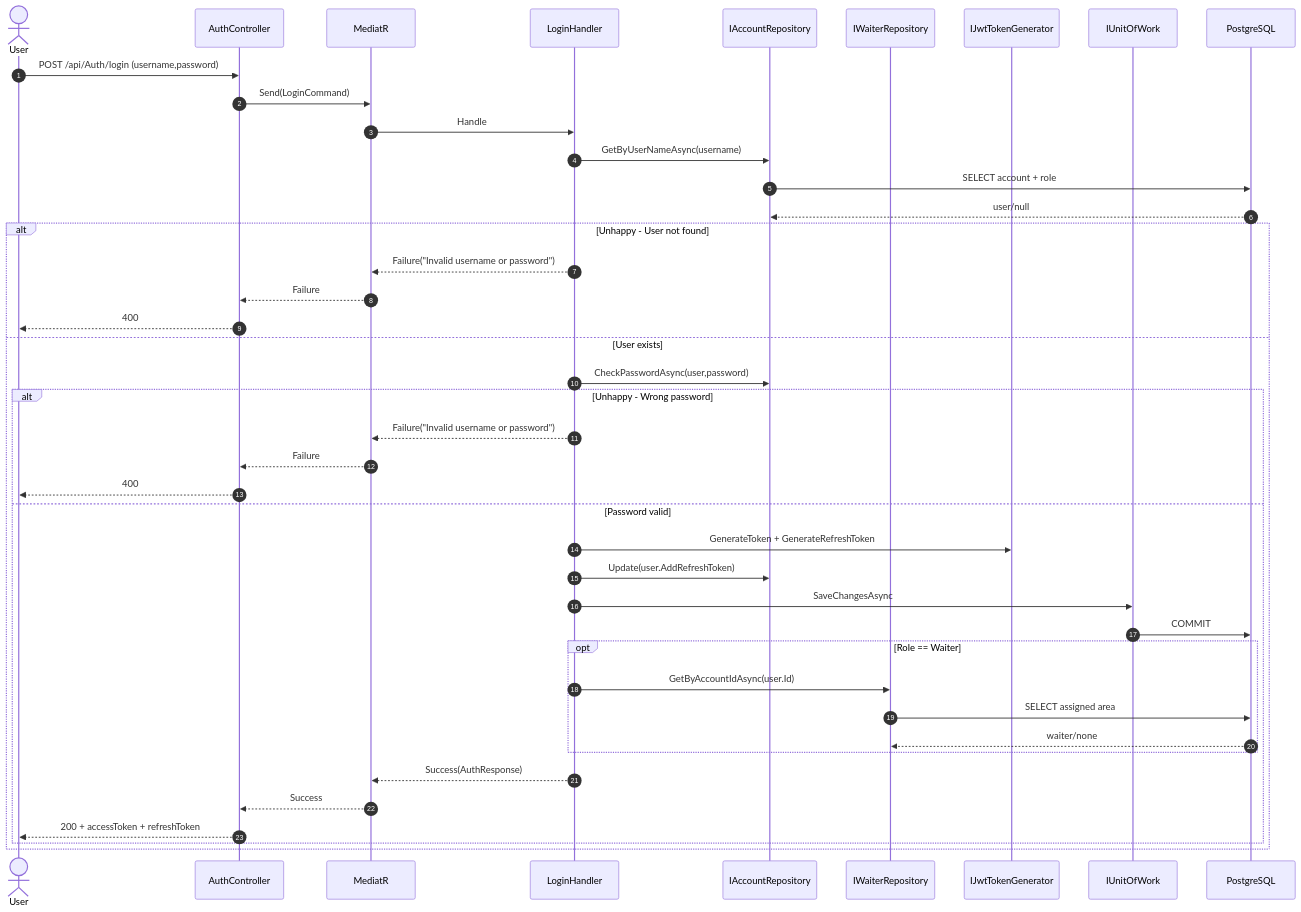
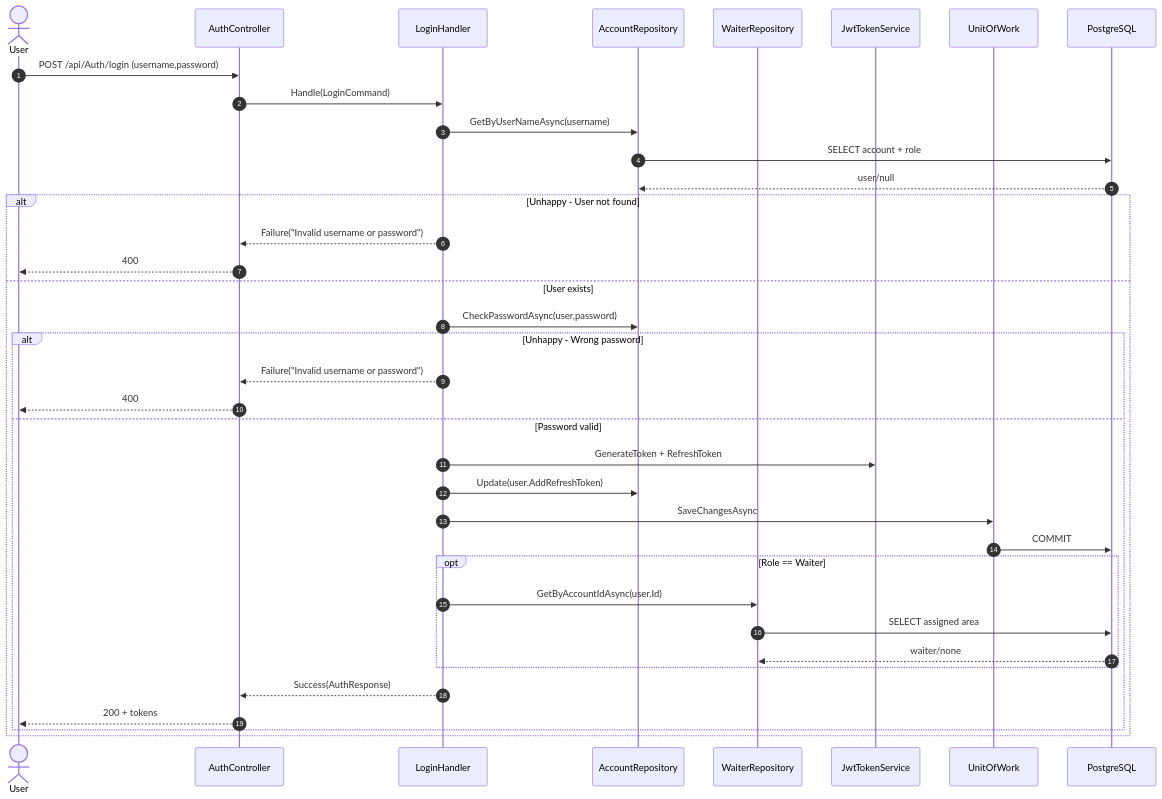
The second of 5 diagrams in docs/sequence-diagrams-mermaid.md (nguyendinhbao2004/RestaurantOrderTracking), drawn with Mermaid before and after one commit. The commit also changed other lines of this file and 9 other files, not shown here.

Commit message:
fix: refactor sequence diagram

````diff
--- a/docs/sequence-diagrams-mermaid.md
+++ b/docs/sequence-diagrams-mermaid.md
@@ -123,50 +118,45 @@
 ```mermaid
 sequenceDiagram
     autonumber
     actor User
     participant AuthC as AuthController
-    participant Med as MediatR
     participant LoginH as LoginHandler
-    participant AccRepo as IAccountRepository
-    participant WaiterRepo as IWaiterRepository
-    participant Jwt as IJwtTokenGenerator
-    participant UoW as IUnitOfWork
+    participant AccRepo as AccountRepository
+    participant WaiterRepo as WaiterRepository
+    participant Jwt as JwtTokenService
+    participant UoW as UnitOfWork
     participant DB as PostgreSQL
 
     User->>AuthC: POST /api/Auth/login (username,password)
-    AuthC->>Med: Send(LoginCommand)
-    Med->>LoginH: Handle
+    AuthC->>LoginH: Handle(LoginCommand)
 
     LoginH->>AccRepo: GetByUserNameAsync(username)
     AccRepo->>DB: SELECT account + role
     DB-->>AccRepo: user/null
 
     alt Unhappy - User not found
-        LoginH-->>Med: Failure("Invalid username or password")
-        Med-->>AuthC: Failure
+        LoginH-->>AuthC: Failure("Invalid username or password")
         AuthC-->>User: 400
     else User exists
         LoginH->>AccRepo: CheckPasswordAsync(user,password)
 
         alt Unhappy - Wrong password
-            LoginH-->>Med: Failure("Invalid username or password")
-            Med-->>AuthC: Failure
+            LoginH-->>AuthC: Failure("Invalid username or password")
             AuthC-->>User: 400
         else Password valid
-            LoginH->>Jwt: GenerateToken + GenerateRefreshToken
+            LoginH->>Jwt: GenerateToken + RefreshToken
             LoginH->>AccRepo: Update(user.AddRefreshToken)
             LoginH->>UoW: SaveChangesAsync
             UoW->>DB: COMMIT
 
             opt Role == Waiter
                 LoginH->>WaiterRepo: GetByAccountIdAsync(user.Id)
                 WaiterRepo->>DB: SELECT assigned area
                 DB-->>WaiterRepo: waiter/none
             end
 
-            LoginH-->>Med: Success(AuthResponse)
-            Med-->>AuthC: Success
-            AuthC-->>User: 200 + accessToken + refreshToken
+            LoginH-->>AuthC: Success(AuthResponse)
+            AuthC-->>User: 200 + tokens
         end
     end
 ```
````
